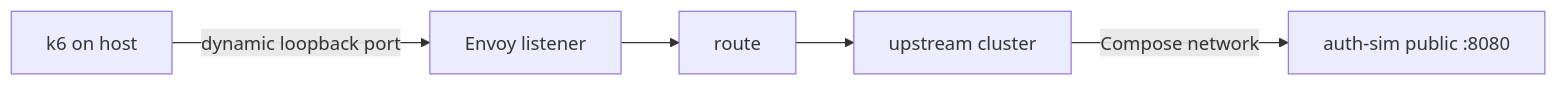
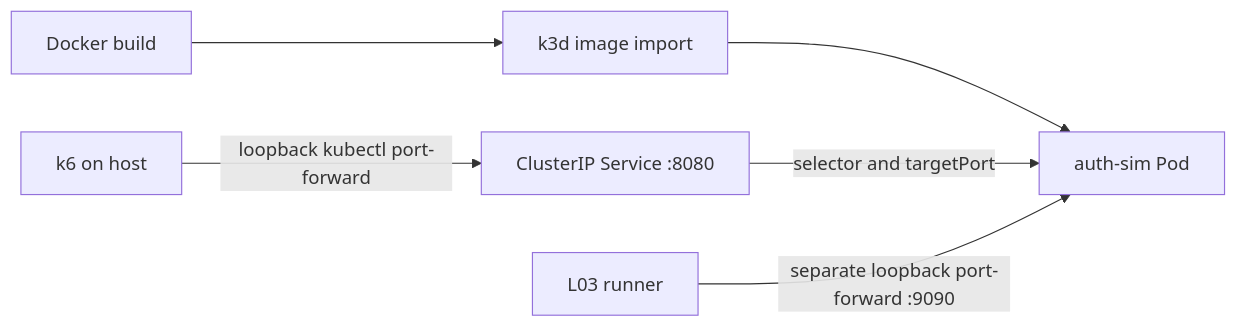
Before and after one commit to imcherry5778-labs/github-capacity-cascade-lab: the second of 3 diagrams in README.md, drawn with Mermaid. The commit also changed other lines of this file and 6 other files, not shown here.

````diff
--- a/README.md
+++ b/README.md
@@ -72,7 +73,8 @@
 ```mermaid
 flowchart LR
-    K[k6 on host] -->|dynamic loopback port| L[Envoy listener]
-    L --> R[route]
-    R --> C[upstream cluster]
-    C -->|Compose network| A[auth-sim public :8080]
+    B[Docker build] --> I[k3d image import]
+    I --> P[auth-sim Pod]
+    K[k6 on host] -->|loopback kubectl port-forward| S[ClusterIP Service :8080]
+    S -->|selector and targetPort| P
+    R[L03 runner] -->|separate loopback port-forward :9090| P
 ```
````
